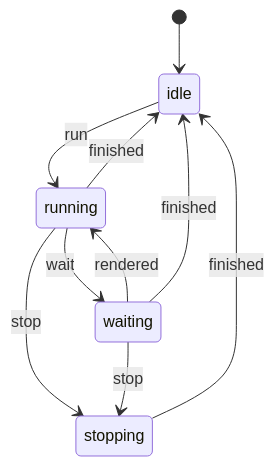
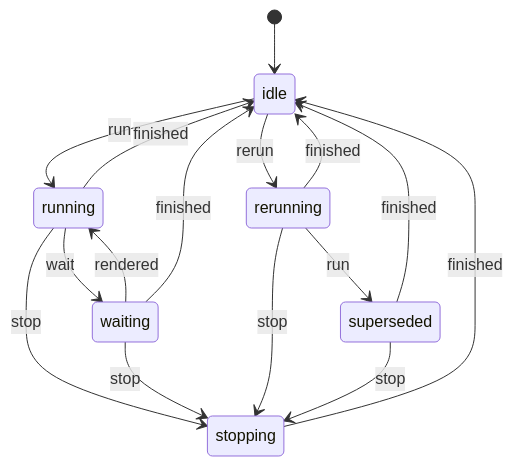
The second of 7 diagrams in docs/state-machines.md (who8mypnuts/Fractalchemy), drawn with Mermaid before and after one commit. The commit also changed other lines of this file and 107 other files, not shown here.

````diff
--- a/docs/state-machines.md
+++ b/docs/state-machines.md
@@ -89,12 +91,18 @@
 ```mermaid
 stateDiagram-v2
     [*] --> idle
     idle --> running: run
     running --> waiting: wait
     waiting --> running: rendered
     running --> stopping: stop
     waiting --> stopping: stop
     running --> idle: finished
     waiting --> idle: finished
     stopping --> idle: finished
+    idle --> rerunning: rerun
+    rerunning --> idle: finished
+    rerunning --> stopping: stop
+    rerunning --> superseded: run
+    superseded --> idle: finished
+    superseded --> stopping: stop
 ```
````
